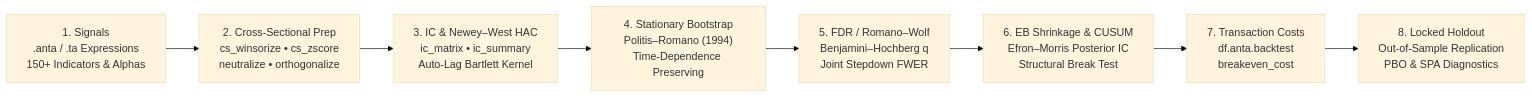
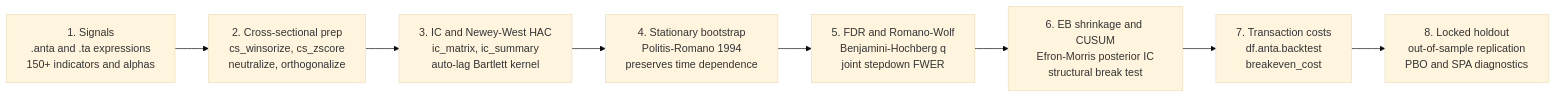
Before and after one commit to huuan26/polars-anta: the diagram in README.md, drawn with Mermaid (base theme). The commit also changed other lines of this file and 2 other files, not shown here.

````diff
--- a/README.md
+++ b/README.md
@@ -100,10 +114,10 @@
 ```mermaid
 flowchart LR
-    A["1. Signals<br/>.anta / .ta Expressions<br/>150+ Indicators & Alphas"] --> B["2. Cross-Sectional Prep<br/>cs_winsorize • cs_zscore<br/>neutralize • orthogonalize"]
-    B --> C["3. IC & Newey–West HAC<br/>ic_matrix • ic_summary<br/>Auto-Lag Bartlett Kernel"]
-    C --> D["4. Stationary Bootstrap<br/>Politis–Romano (1994)<br/>Time-Dependence Preserving"]
-    D --> E["5. FDR / Romano–Wolf<br/>Benjamini–Hochberg q<br/>Joint Stepdown FWER"]
-    E --> F["6. EB Shrinkage & CUSUM<br/>Efron–Morris Posterior IC<br/>Structural Break Test"]
-    F --> G["7. Transaction Costs<br/>df.anta.backtest<br/>breakeven_cost"]
-    G --> H["8. Locked Holdout<br/>Out-of-Sample Replication<br/>PBO & SPA Diagnostics"]
+    A["1. Signals<br/>.anta and .ta expressions<br/>150+ indicators and alphas"] --> B["2. Cross-sectional prep<br/>cs_winsorize, cs_zscore<br/>neutralize, orthogonalize"]
+    B --> C["3. IC and Newey-West HAC<br/>ic_matrix, ic_summary<br/>auto-lag Bartlett kernel"]
+    C --> D["4. Stationary bootstrap<br/>Politis-Romano 1994<br/>preserves time dependence"]
+    D --> E["5. FDR and Romano-Wolf<br/>Benjamini-Hochberg q<br/>joint stepdown FWER"]
+    E --> F["6. EB shrinkage and CUSUM<br/>Efron-Morris posterior IC<br/>structural break test"]
+    F --> G["7. Transaction costs<br/>df.anta.backtest<br/>breakeven_cost"]
+    G --> H["8. Locked holdout<br/>out-of-sample replication<br/>PBO and SPA diagnostics"]
 ```
````
